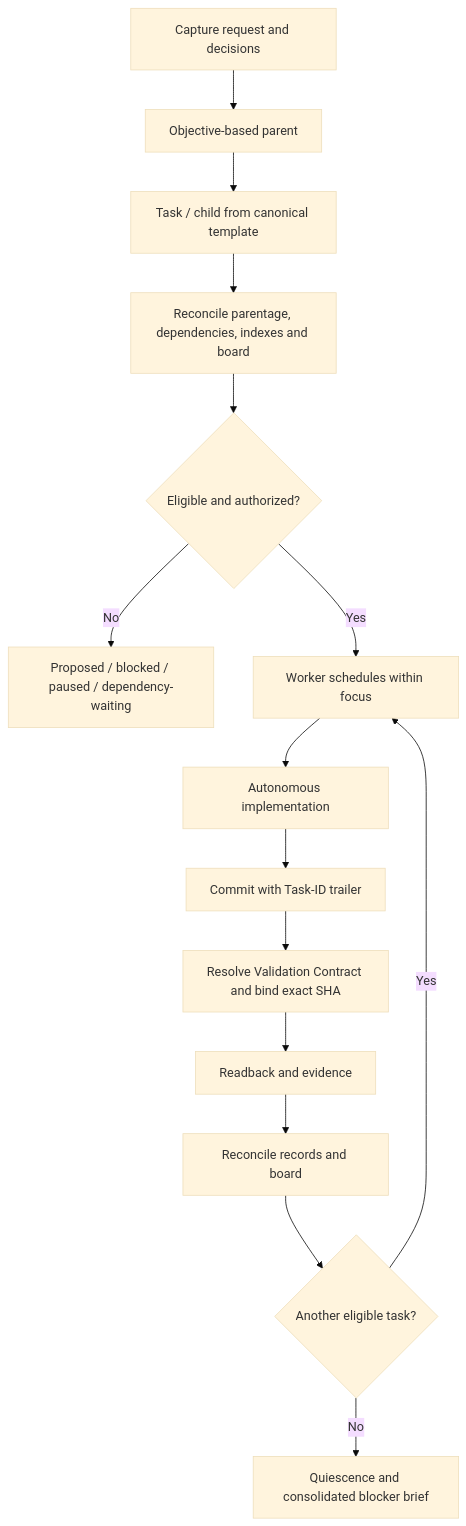
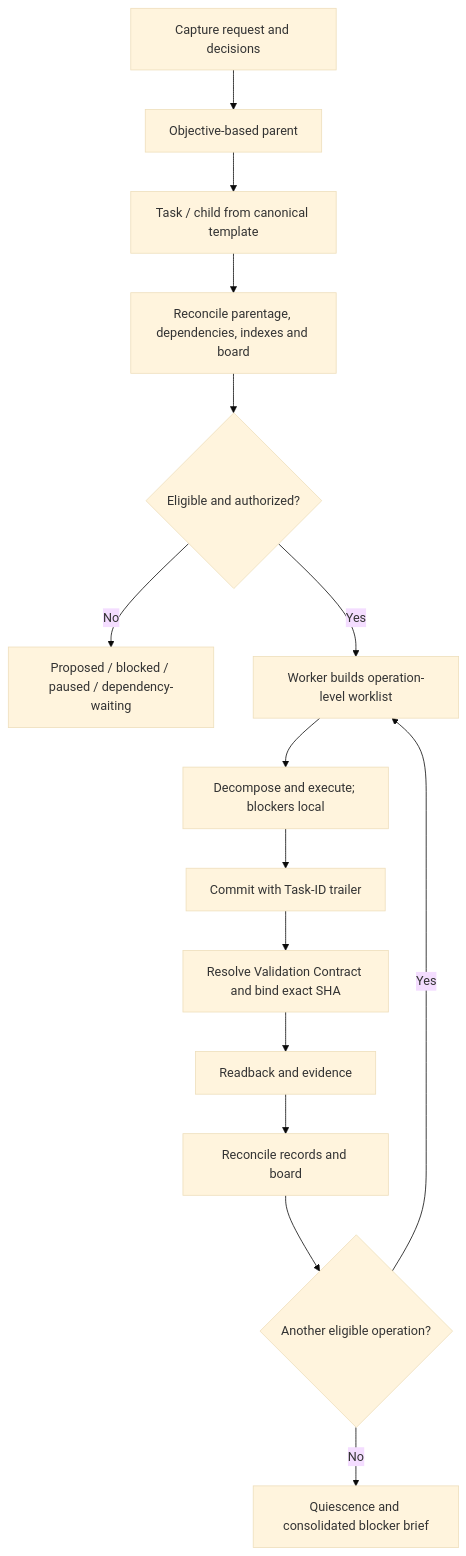
The second of 5 diagrams in .agent/WORKFLOW_MAP.md (dungnv2602/chatgpt), drawn with Mermaid (base theme) before and after one commit. The commit also changed other lines of this file, not shown here.

Commit message:
Align map to operation-level execution queue Task-ID: 20261127-173000-77

````diff
--- a/.agent/WORKFLOW_MAP.md
+++ b/.agent/WORKFLOW_MAP.md
@@ -25,17 +25,17 @@
 ```mermaid
 flowchart TD
  A[Capture request and decisions] --> B[Objective-based parent]
  B --> C[Task / child from canonical template]
  C --> D[Reconcile parentage, dependencies, indexes and board]
  D --> E{Eligible and authorized?}
  E -->|No| F[Proposed / blocked / paused / dependency-waiting]
- E -->|Yes| G[Worker schedules within focus]
- G --> H[Autonomous implementation]
+ E -->|Yes| G[Worker builds operation-level worklist]
+ G --> H[Decompose and execute; blockers local]
  H --> I[Commit with Task-ID trailer]
  I --> J[Resolve Validation Contract and bind exact SHA]
  J --> K[Readback and evidence]
  K --> L[Reconcile records and board]
- L --> M{Another eligible task?}
+ L --> M{Another eligible operation?}
  M -->|Yes| G
  M -->|No| N[Quiescence and consolidated blocker brief]
 ```
````
